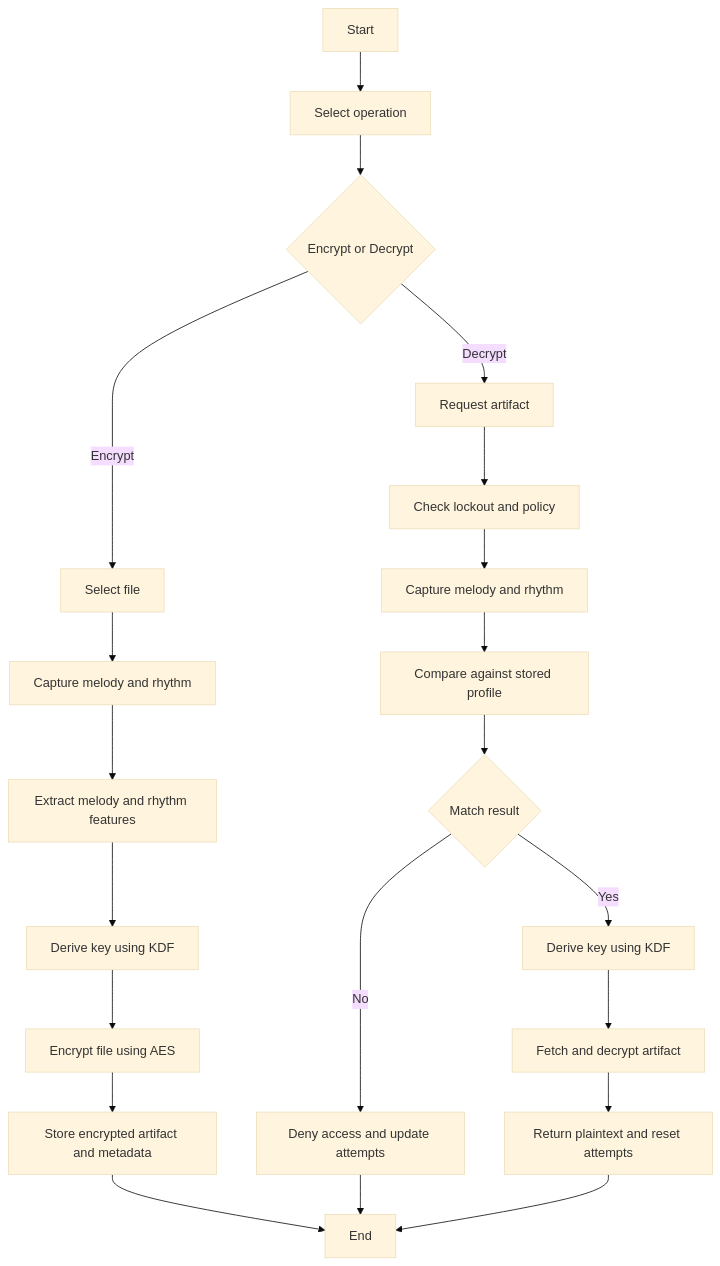
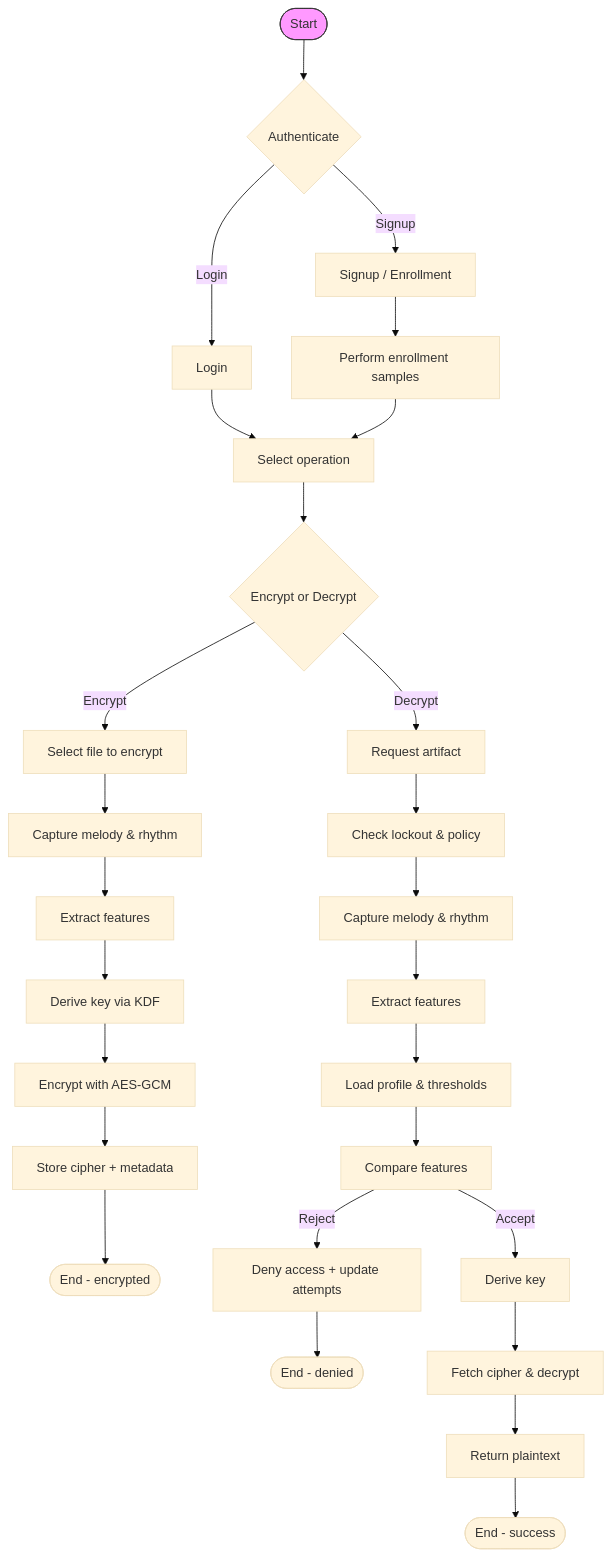
One commit to Aditya-KumarJha/MelodicVault changed the second of 8 diagrams in diagram.md. Above: the diagram before and after it, drawn with Mermaid (base theme). The commit also changed other lines of this file, not shown here.

Commit message:
made claass diagram better'

````diff
--- a/diagram.md
+++ b/diagram.md
@@ -98,26 +106,35 @@
 ```mermaid
 flowchart TD
 
-A[Start] --> B[Select operation]
-B --> C{Encrypt or Decrypt}
+Start([Start]) --> Auth{Authenticate}
+Auth -->|Login| Login[Login]
+Auth -->|Signup| Signup[Signup / Enrollment]
+Login --> SelectOp[Select operation]
+Signup --> Enroll[Perform enrollment samples]
+Enroll --> SelectOp
 
-C -->|Encrypt| E1[Select file]
-E1 --> E2[Capture melody and rhythm]
-E2 --> E3[Extract melody and rhythm features]
-E3 --> E4[Derive key using KDF]
-E4 --> E5[Encrypt file using AES]
-E5 --> E6[Store encrypted artifact and metadata]
-E6 --> Z[End]
+SelectOp --> Choice{Encrypt or Decrypt}
 
-C -->|Decrypt| D1[Request artifact]
-D1 --> D2[Check lockout and policy]
-D2 --> D3[Capture melody and rhythm]
-D3 --> D4[Compare against stored profile]
-D4 --> D5{Match result}
-D5 -->|No| D6[Deny access and update attempts]
-D6 --> Z
-D5 -->|Yes| D7[Derive key using KDF]
-D7 --> D8[Fetch and decrypt artifact]
-D8 --> D9[Return plaintext and reset attempts]
-D9 --> Z
+Choice -->|Encrypt| EncFile[Select file to encrypt]
+EncFile --> EncCapture[Capture melody & rhythm]
+EncCapture --> EncExtract[Extract features]
+EncExtract --> EncKDF[Derive key via KDF]
+EncKDF --> EncCrypto[Encrypt with AES-GCM]
+EncCrypto --> EncStore[Store cipher + metadata]
+EncStore --> EndEncrypt([End - encrypted])
+
+Choice -->|Decrypt| Req[Request artifact]
+Req --> PolicyCheck[Check lockout & policy]
+PolicyCheck --> DecCapture[Capture melody & rhythm]
+DecCapture --> DecExtract[Extract features]
+DecExtract --> LoadProfile[Load profile & thresholds]
+LoadProfile --> Compare[Compare features]
+Compare -->|Reject| Deny[Deny access + update attempts]
+Deny --> EndReject([End - denied])
+Compare -->|Accept| DecKDF[Derive key]
+DecKDF --> FetchDecrypt[Fetch cipher & decrypt]
+FetchDecrypt --> ReturnPlain[Return plaintext]
+ReturnPlain --> EndDecrypt([End - success])
+
+style Start fill:#f9f,stroke:#333,stroke-width:1px
 ```
````
